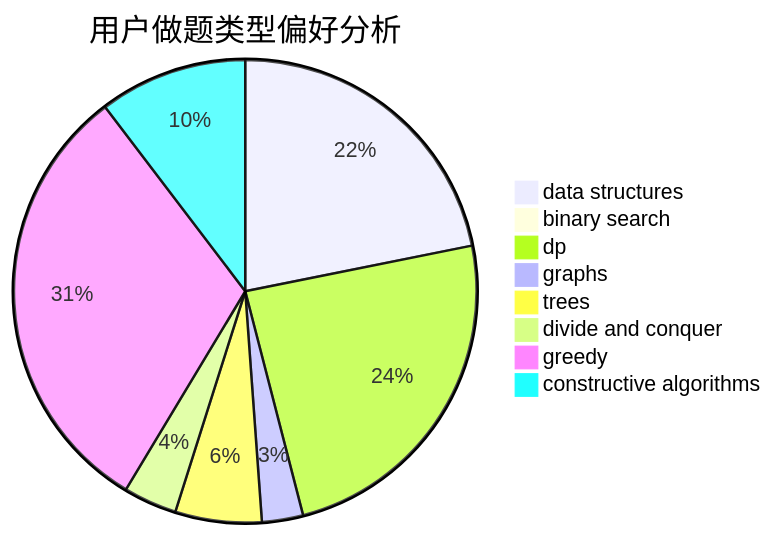
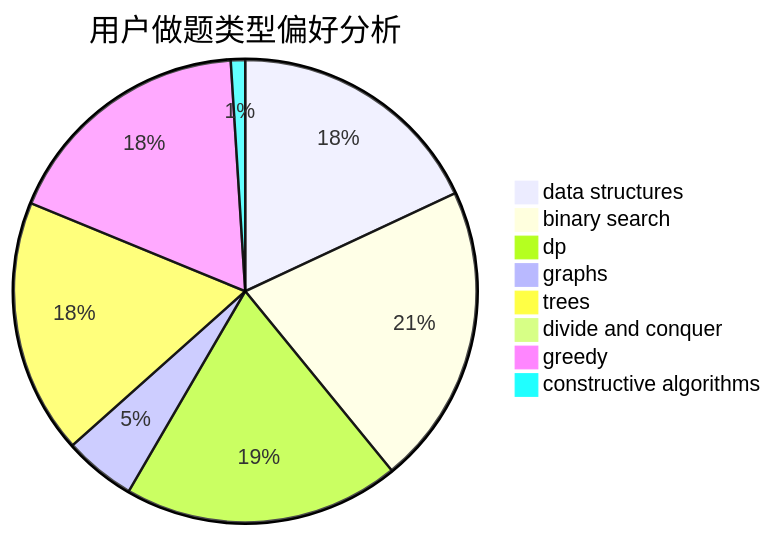
One commit to sherpahu/cfrs.github.io changed the second of 3 diagrams in docs/user/u1031.md. Above: the diagram before and after it, drawn with Mermaid. The commit also changed other lines of this file and 2770 other files, not shown here.

````diff
--- a/docs/user/u1031.md
+++ b/docs/user/u1031.md
@@ -23,11 +23,11 @@
 ```mermaid
 pie title 用户做题类型偏好分析
-    "data structures" :  76
-    "binary search" :  2
-    "dp" :  84
-    "graphs" :  10
-    "trees" :  21
-    "divide and conquer" :  13
-    "greedy" :  108
-    "constructive algorithms" :  36
+    "data structures" :  72
+    "binary search" :  84
+    "dp" :  77
+    "graphs" :  20
+    "trees" :  71
+    "divide and conquer" :  0
+    "greedy" :  71
+    "constructive algorithms" :  4
 ```
````
